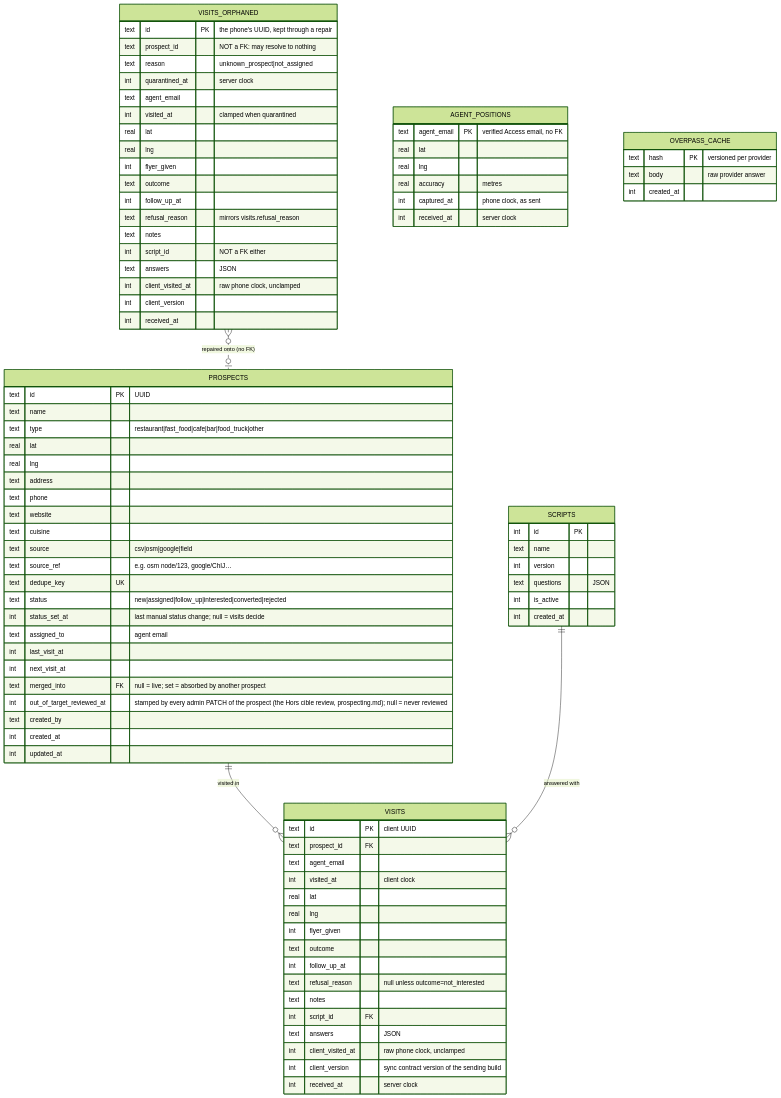
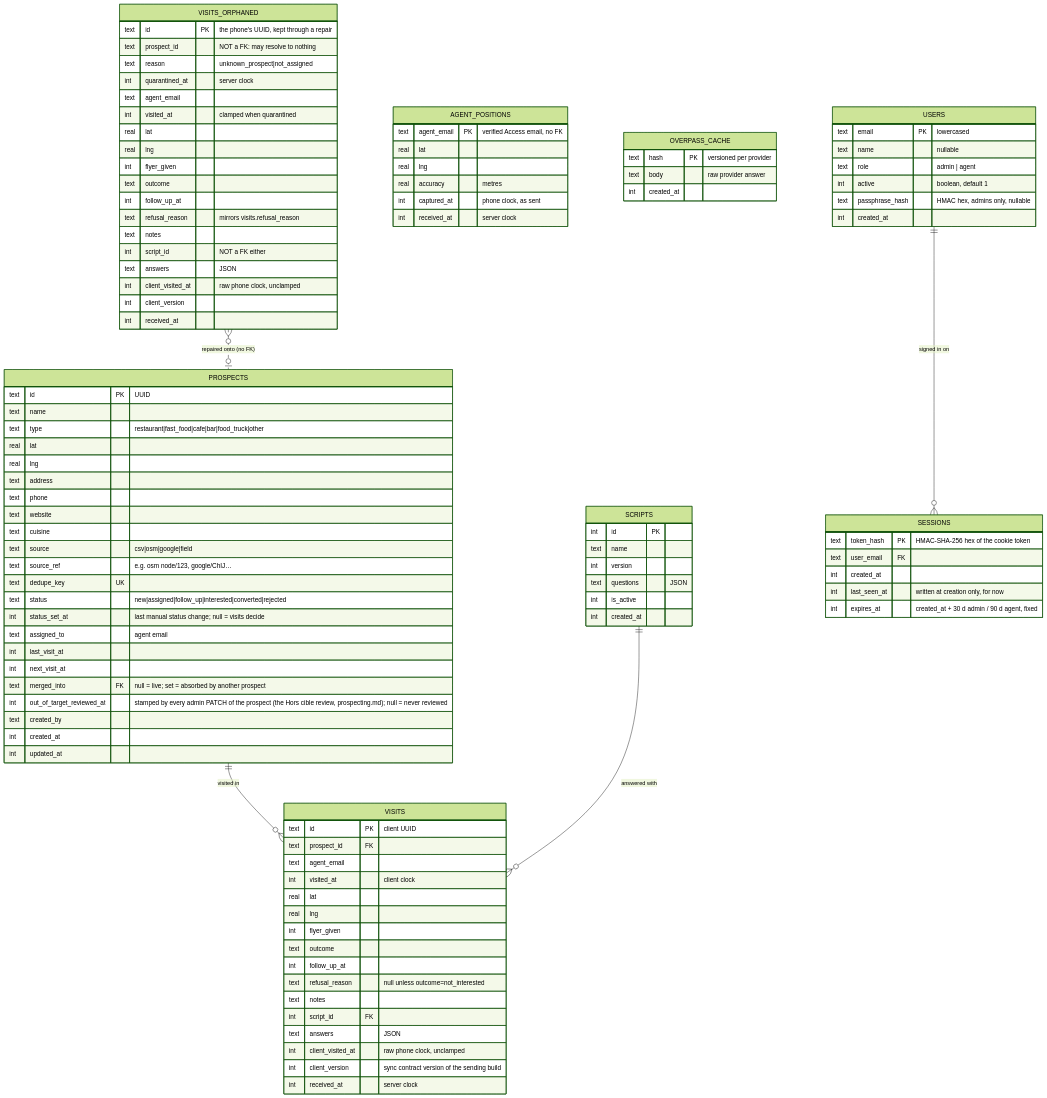
The diagram in docs/data-model.md (FixByteStudio/captain-prospectus), drawn with Mermaid (forest theme) before and after one commit. The commit also changed other lines of this file and 25 other files, not shown here.

````diff
--- a/docs/data-model.md
+++ b/docs/data-model.md
@@ -91,4 +91,21 @@
     text body "raw provider answer"
     int created_at
   }
+
+  USERS ||--o{ SESSIONS : "signed in on"
+  USERS {
+    text email PK "lowercased"
+    text name "nullable"
+    text role "admin | agent"
+    int active "boolean, default 1"
+    text passphrase_hash "HMAC hex, admins only, nullable"
+    int created_at
+  }
+  SESSIONS {
+    text token_hash PK "HMAC-SHA-256 hex of the cookie token"
+    text user_email FK
+    int created_at
+    int last_seen_at "written at creation only, for now"
+    int expires_at "created_at + 30 d admin / 90 d agent, fixed"
+  }
 ```
````
